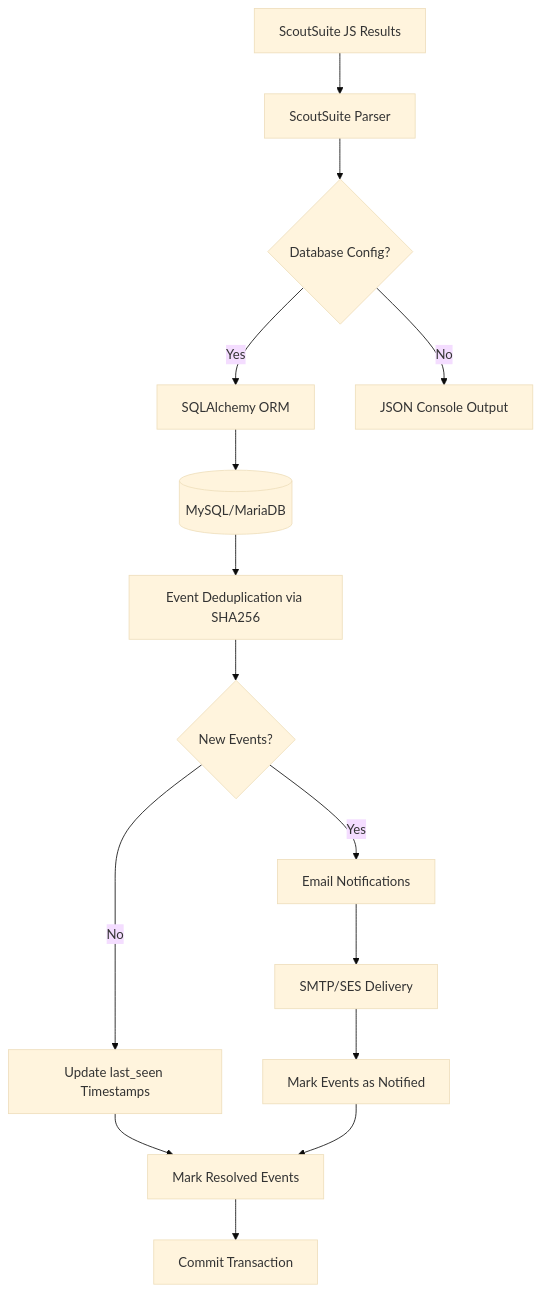
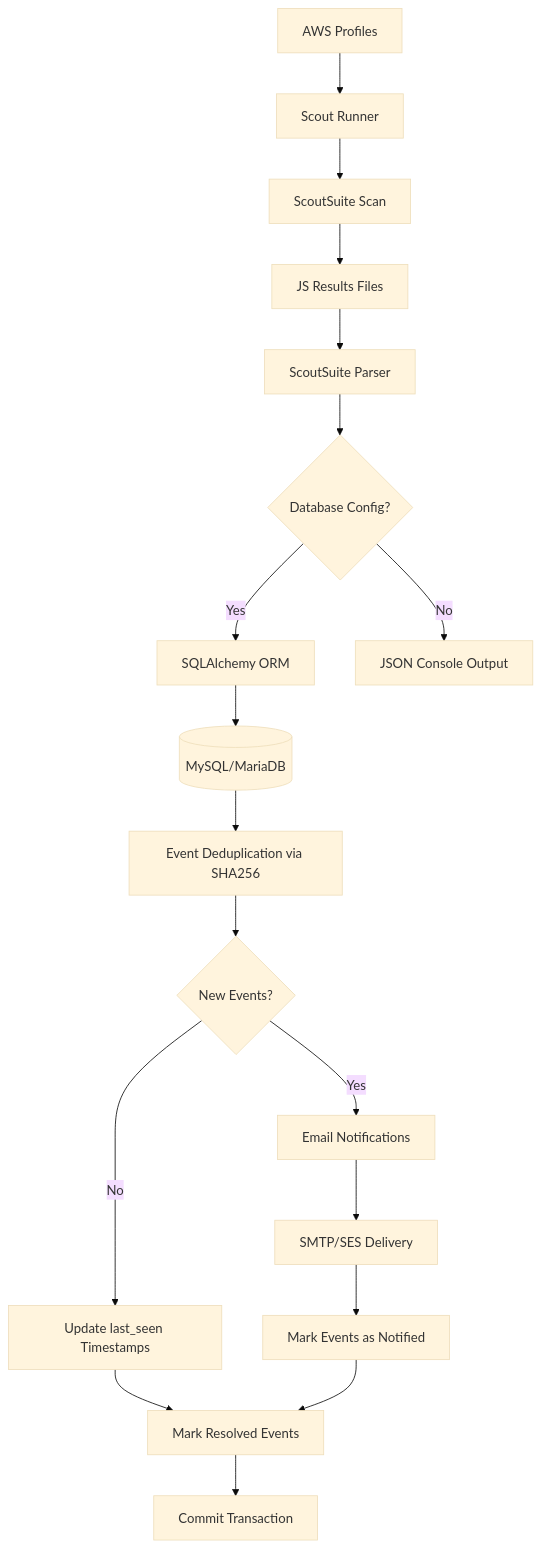
Before and after one commit to disappointingsupernova/ScoutSuiteParser: the first of 4 diagrams in README.md, drawn with Mermaid (base theme). The commit also changed other lines of this file and 2 other files, not shown here.

Commit message:
Create the main scout runner script that handles ScoutSuite installation, scanning, and processing

````diff
--- a/README.md
+++ b/README.md
@@ -7,17 +7,20 @@
 ```mermaid
 graph TB
-    A[ScoutSuite JS Results] --> B[ScoutSuite Parser]
-    B --> C{Database Config?}
-    C -->|Yes| D[SQLAlchemy ORM]
-    C -->|No| E[JSON Console Output]
-    D --> F[(MySQL/MariaDB)]
-    F --> G[Event Deduplication via SHA256]
-    G --> H{New Events?}
-    H -->|Yes| I[Email Notifications]
-    H -->|No| J[Update last_seen Timestamps]
-    I --> K[SMTP/SES Delivery]
-    K --> L[Mark Events as Notified]
-    J --> M[Mark Resolved Events]
-    L --> M
-    M --> N[Commit Transaction]
+    A[AWS Profiles] --> B[Scout Runner]
+    B --> C[ScoutSuite Scan]
+    C --> D[JS Results Files]
+    D --> E[ScoutSuite Parser]
+    E --> F{Database Config?}
+    F -->|Yes| G[SQLAlchemy ORM]
+    F -->|No| H[JSON Console Output]
+    G --> I[(MySQL/MariaDB)]
+    I --> J[Event Deduplication via SHA256]
+    J --> K{New Events?}
+    K -->|Yes| L[Email Notifications]
+    K -->|No| M[Update last_seen Timestamps]
+    L --> N[SMTP/SES Delivery]
+    N --> O[Mark Events as Notified]
+    M --> P[Mark Resolved Events]
+    O --> P
+    P --> Q[Commit Transaction]
 ```
````
